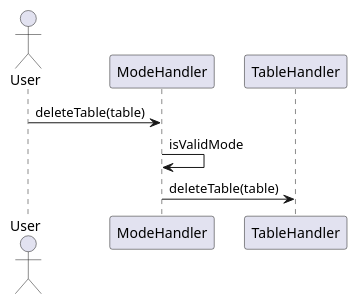
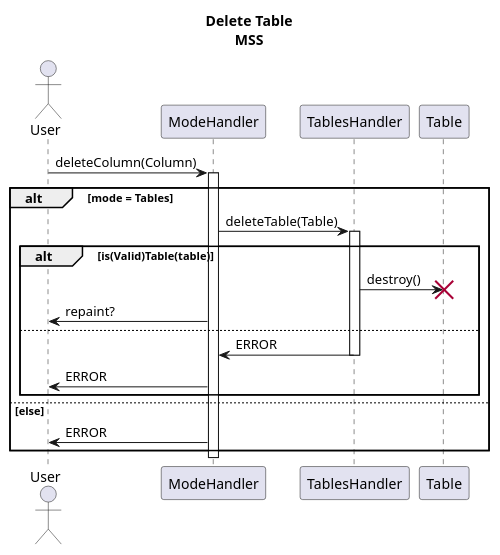
One commit to Bhamoss/softwareOntwerpProject changed the diagram in diagrams/interactionDiagrams/deleteTable.puml. Above: the diagram before and after it, drawn with PlantUML.

Commit message:
Made deleteTable ID

```diff
--- a/diagrams/interactionDiagrams/deleteTable.puml
+++ b/diagrams/interactionDiagrams/deleteTable.puml
@@ -1,6 +1,23 @@
 @startuml
-actor User
-User -> ModeHandler: deleteTable(table)
-ModeHandler -> ModeHandler: isValidMode
-ModeHandler -> TableHandler: deleteTable(table)
+title Delete Table\nMSS
+Actor User
+User -> ModeHandler: deleteColumn(Column)
+activate ModeHandler
+alt mode = Tables
+ModeHandler -> TablesHandler: deleteTable(Table)
+alt is(Valid)Table(table)
+activate TablesHandler
+
+TablesHandler -> Table: destroy()
+destroy Table
+ModeHandler -> User: repaint?
+else
+TablesHandler -> ModeHandler : ERROR
+deactivate TablesHandler
+ModeHandler-> User : ERROR
+end
+else else
+ModeHandler -> User: ERROR
+end
+deactivate ModeHandler
 @enduml
```
